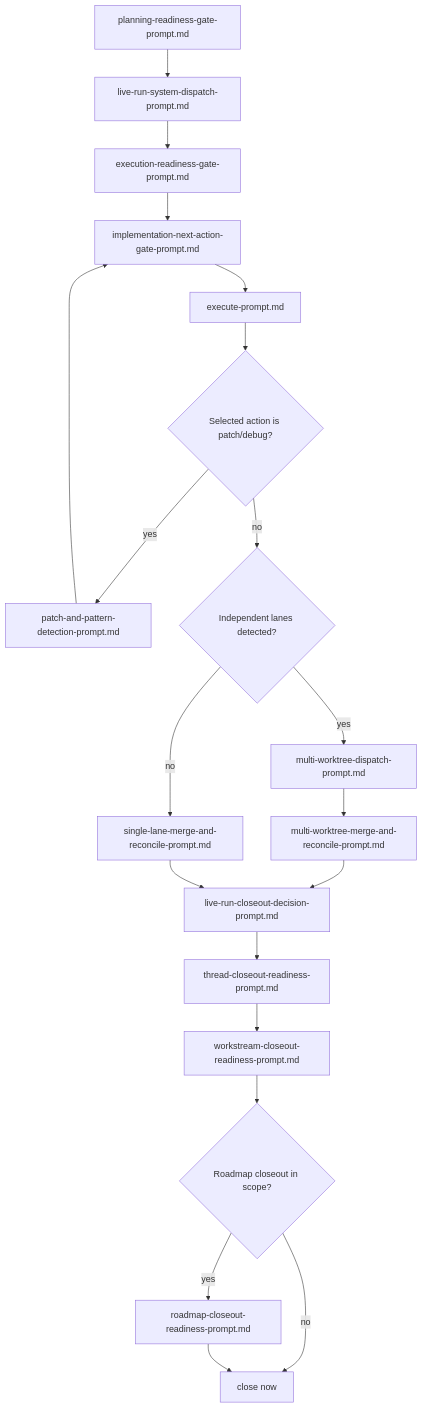
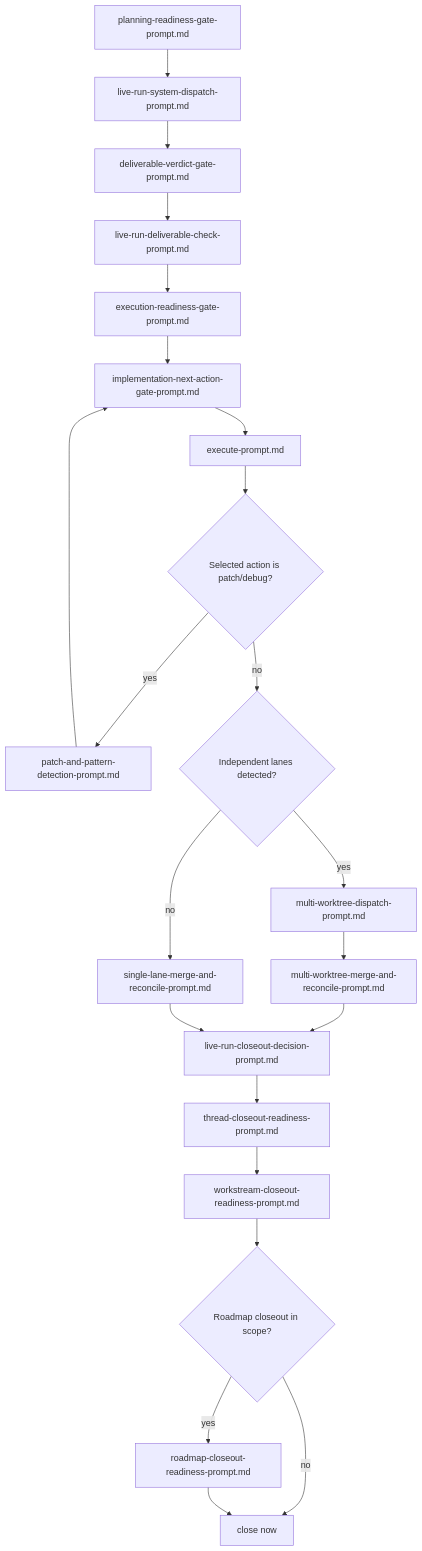
Before and after one commit to longdang193/fitcv: the second of 2 diagrams in docs/operating_system/prompt_templates/README.md, drawn with Mermaid. The commit also changed other lines of this file and 2094 other files, not shown here.

````diff
--- a/docs/operating_system/prompt_templates/README.md
+++ b/docs/operating_system/prompt_templates/README.md
@@ -106,22 +109,24 @@
 ```mermaid
 flowchart TD
   P["planning-readiness-gate-prompt.md"] --> A["live-run-system-dispatch-prompt.md"]
-  A --> R["execution-readiness-gate-prompt.md"]
+  A --> V["deliverable-verdict-gate-prompt.md"]
+  V --> Q["live-run-deliverable-check-prompt.md"]
+  Q --> R["execution-readiness-gate-prompt.md"]
   R --> B["implementation-next-action-gate-prompt.md"]
   B --> C["execute-prompt.md"]
   C --> D{"Selected action is patch/debug?"}
   D -- "yes" --> E["patch-and-pattern-detection-prompt.md"]
   D -- "no" --> F{"Independent lanes detected?"}
   E --> B
   F -- "yes" --> G["multi-worktree-dispatch-prompt.md"]
   G --> H["multi-worktree-merge-and-reconcile-prompt.md"]
   H --> I["live-run-closeout-decision-prompt.md"]
   F -- "no" --> S["single-lane-merge-and-reconcile-prompt.md"]
   S --> I
   I --> J["thread-closeout-readiness-prompt.md"]
   J --> K["workstream-closeout-readiness-prompt.md"]
   K --> L{"Roadmap closeout in scope?"}
   L -- "yes" --> M["roadmap-closeout-readiness-prompt.md"]
   L -- "no" --> N["close now"]
   M --> N
 ```
````
